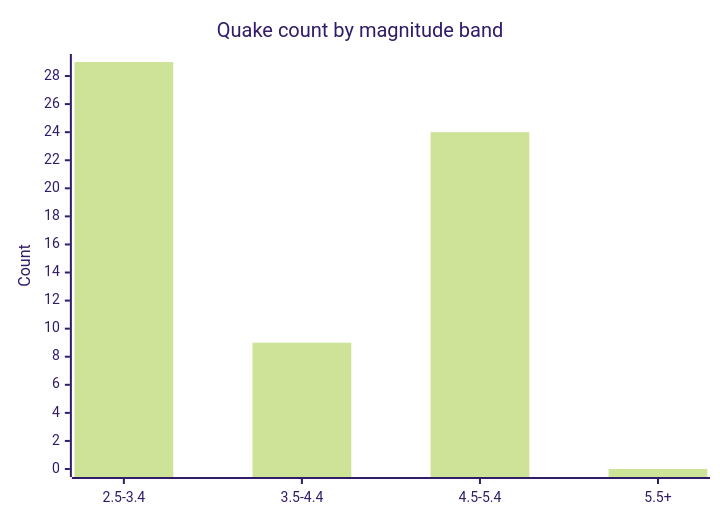
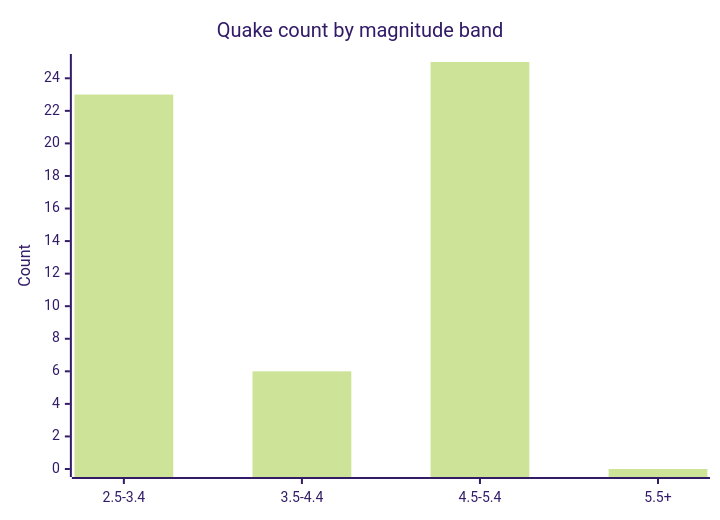
Before and after one commit to Midwest-Stratospheric/aerostratospheric-defense-gir: the fifth of 6 diagrams in docs/GRAPHS.md, drawn with Mermaid (forest theme). The commit also changed other lines of this file and 23 other files, not shown here.

````diff
--- a/docs/GRAPHS.md
+++ b/docs/GRAPHS.md
@@ -82,7 +82,7 @@
 ```mermaid
 xychart-beta
   title "Quake count by magnitude band"
   x-axis ["2.5-3.4", "3.5-4.4", "4.5-5.4", "5.5+"]
-  y-axis "Count" 0 --> 29
-  bar [29, 9, 24, 0]
+  y-axis "Count" 0 --> 25
+  bar [23, 6, 25, 0]
 ```
````
